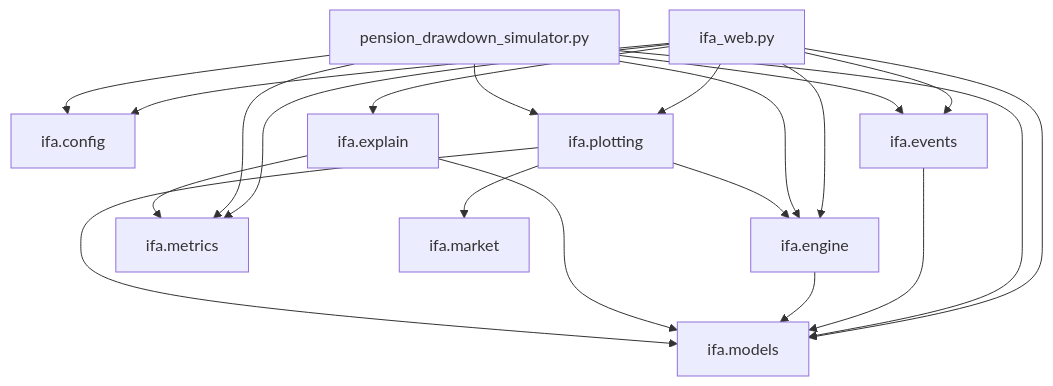
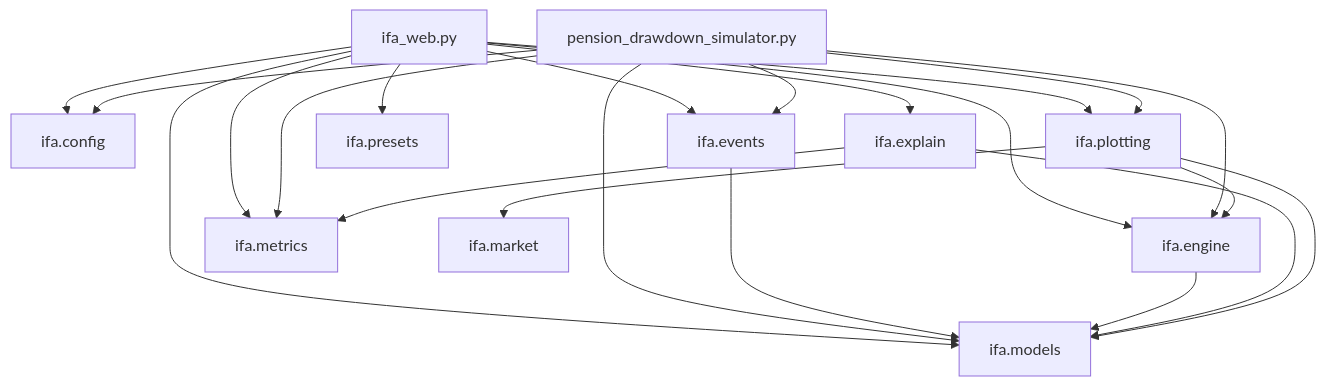
One commit to bumface11/ifa changed the first of 2 diagrams in docs/DEPENDENCIES.md. Above: the diagram before and after it, drawn with Mermaid. The commit also changed other lines of this file and 16 other files, not shown here.

````diff
--- a/docs/DEPENDENCIES.md
+++ b/docs/DEPENDENCIES.md
@@ -14,25 +15,26 @@
 ```mermaid
 flowchart TD
     Web[ifa_web.py] --> Config[ifa.config]
     Web --> Models[ifa.models]
     Web --> Events[ifa.events]
     Web --> Engine[ifa.engine]
     Web --> Metrics[ifa.metrics]
     Web --> Explain[ifa.explain]
     Web --> Plotting[ifa.plotting]
+    Web --> Presets[ifa.presets]
 
     CLI[pension_drawdown_simulator.py] --> Config
     CLI --> Models
     CLI --> Events
     CLI --> Engine
     CLI --> Metrics
     CLI --> Plotting
 
     Events --> Models
     Engine --> Models
     Explain --> Models
     Explain --> Metrics
     Plotting --> Engine
     Plotting --> Market[ifa.market]
     Plotting --> Models
 ```
````
